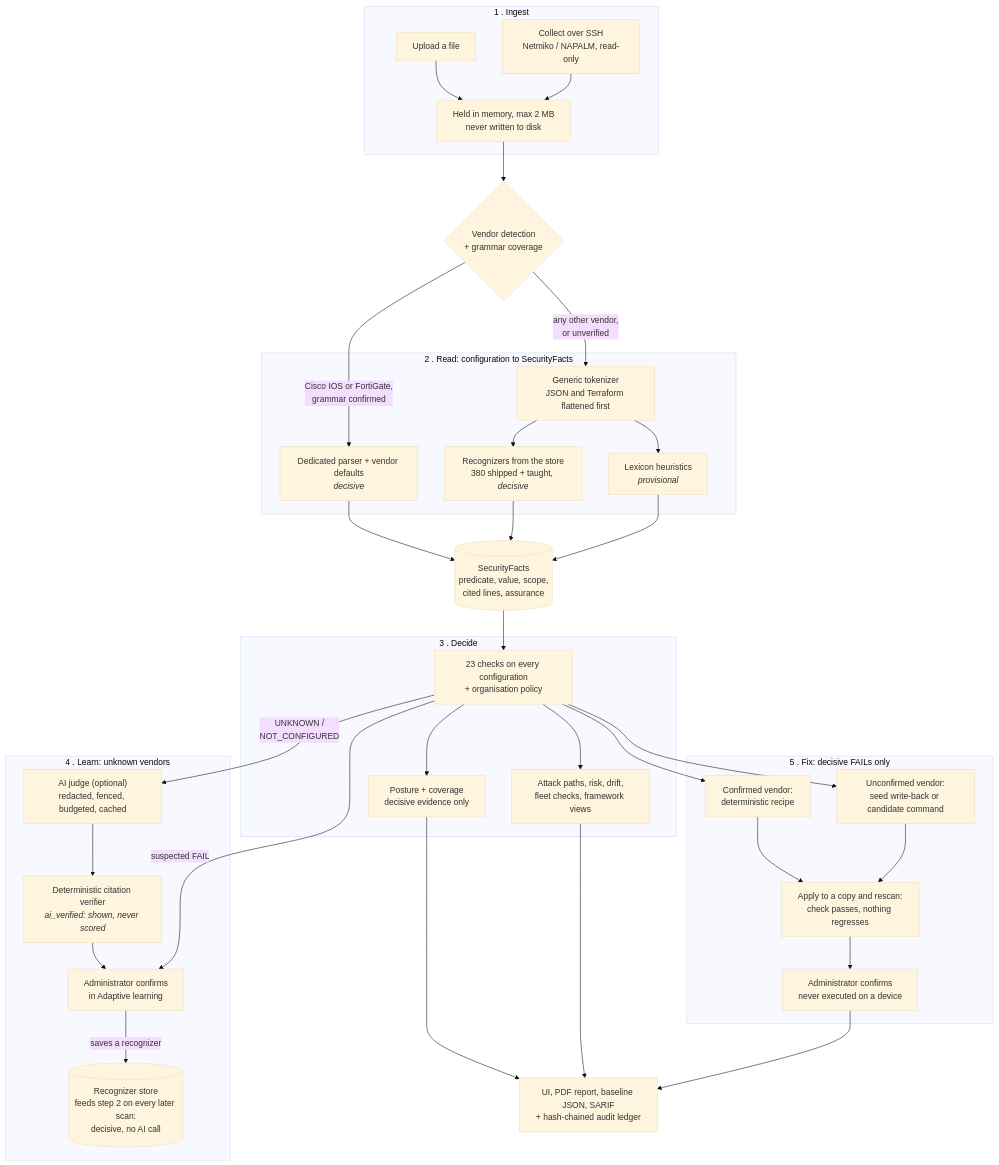
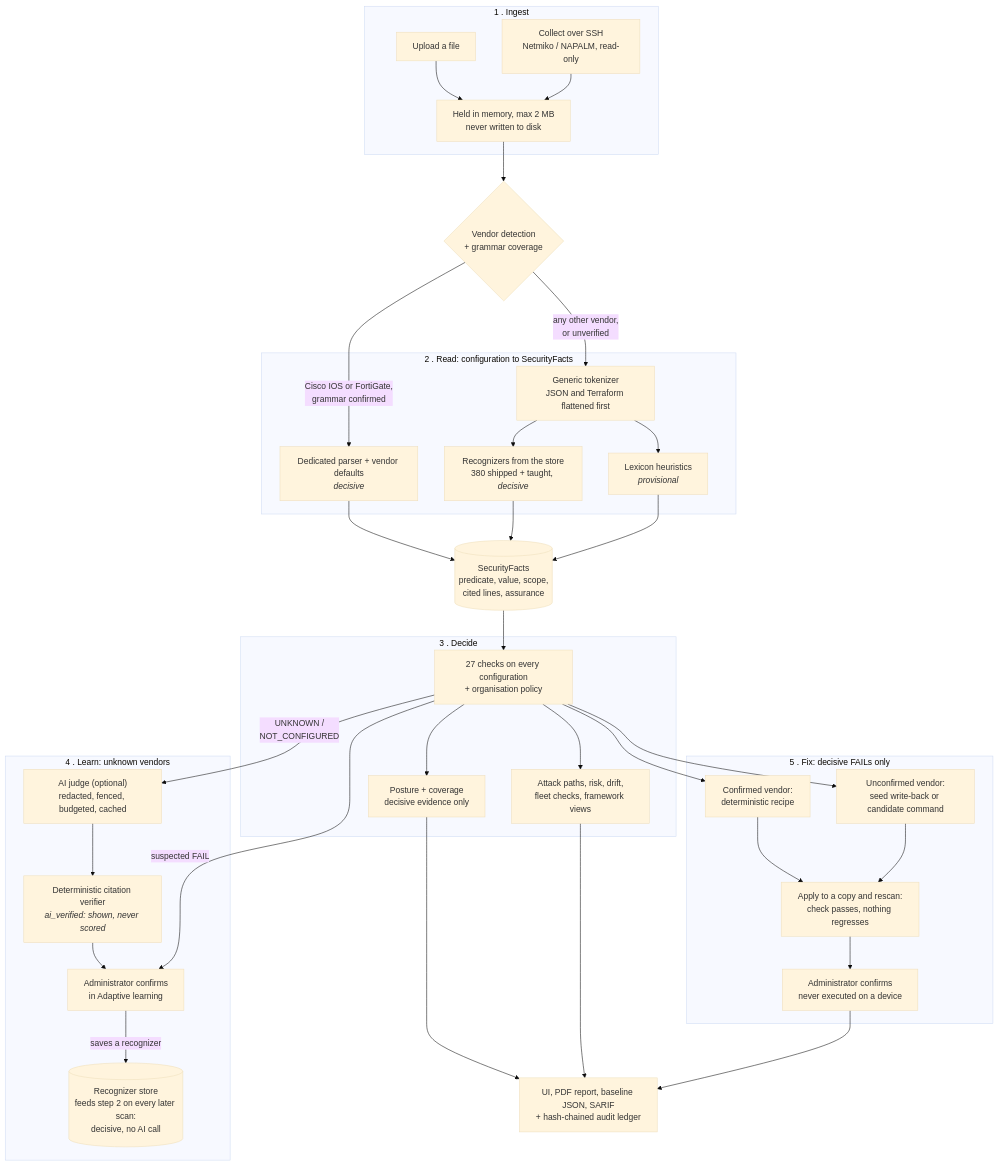
Before and after one commit to astrilo-monk/sih-26155: the diagram in README.md, drawn with Mermaid (base theme). The commit also changed other lines of this file and 25 other files, not shown here.

````diff
--- a/README.md
+++ b/README.md
@@ -111,66 +111,66 @@
 ```mermaid
 flowchart TD
     subgraph S1["1 . Ingest"]
         UP["Upload a file"]
         SSH["Collect over SSH<br/>Netmiko / NAPALM, read-only"]
         MEM["Held in memory, max 2 MB<br/>never written to disk"]
         UP --> MEM
         SSH --> MEM
     end
 
     MEM --> DET{"Vendor detection<br/>+ grammar coverage"}
 
     subgraph S2["2 . Read: configuration to SecurityFacts"]
         PAR["Dedicated parser + vendor defaults<br/><i>decisive</i>"]
         TOK["Generic tokenizer<br/>JSON and Terraform flattened first"]
         REC["Recognizers from the store<br/>380 shipped + taught, <i>decisive</i>"]
         HEU["Lexicon heuristics<br/><i>provisional</i>"]
         TOK --> REC
         TOK --> HEU
     end
 
     DET -->|"Cisco IOS or FortiGate,<br/>grammar confirmed"| PAR
     DET -->|"any other vendor,<br/>or unverified"| TOK
 
     FACTS[("SecurityFacts<br/>predicate, value, scope,<br/>cited lines, assurance")]
     PAR --> FACTS
     REC --> FACTS
     HEU --> FACTS
 
     subgraph S3["3 . Decide"]
-        CTL["23 checks on every configuration<br/>+ organisation policy"]
+        CTL["27 checks on every configuration<br/>+ organisation policy"]
         SCORE["Posture + coverage<br/>decisive evidence only"]
         CTX["Attack paths, risk, drift,<br/>fleet checks, framework views"]
         CTL --> SCORE
         CTL --> CTX
     end
     FACTS --> CTL
 
     subgraph S4["4 . Learn: unknown vendors"]
         JUDGE["AI judge (optional)<br/>redacted, fenced, budgeted, cached"]
         VER["Deterministic citation verifier<br/><i>ai_verified: shown, never scored</i>"]
         HUM["Administrator confirms<br/>in Adaptive learning"]
         DB[("Recognizer store<br/>feeds step 2 on every later scan:<br/>decisive, no AI call")]
         JUDGE --> VER --> HUM
         HUM -->|"saves a recognizer"| DB
     end
     CTL -->|"UNKNOWN /<br/>NOT_CONFIGURED"| JUDGE
     CTL -->|"suspected FAIL"| HUM
 
     subgraph S5["5 . Fix: decisive FAILs only"]
         RCP["Confirmed vendor:<br/>deterministic recipe"]
         WB["Unconfirmed vendor:<br/>seed write-back or candidate command"]
         RESCAN["Apply to a copy and rescan:<br/>check passes, nothing regresses"]
         OK["Administrator confirms<br/>never executed on a device"]
         RCP --> RESCAN
         WB --> RESCAN
         RESCAN --> OK
     end
     CTL --> RCP
     CTL --> WB
 
     OUT["UI, PDF report, baseline JSON, SARIF<br/>+ hash-chained audit ledger"]
     SCORE --> OUT
     CTX --> OUT
     OK --> OUT
 ```
````
